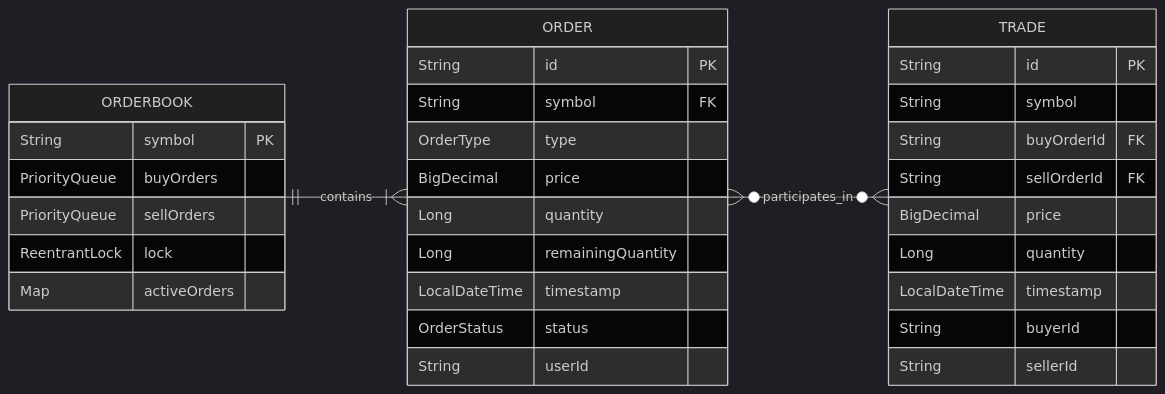
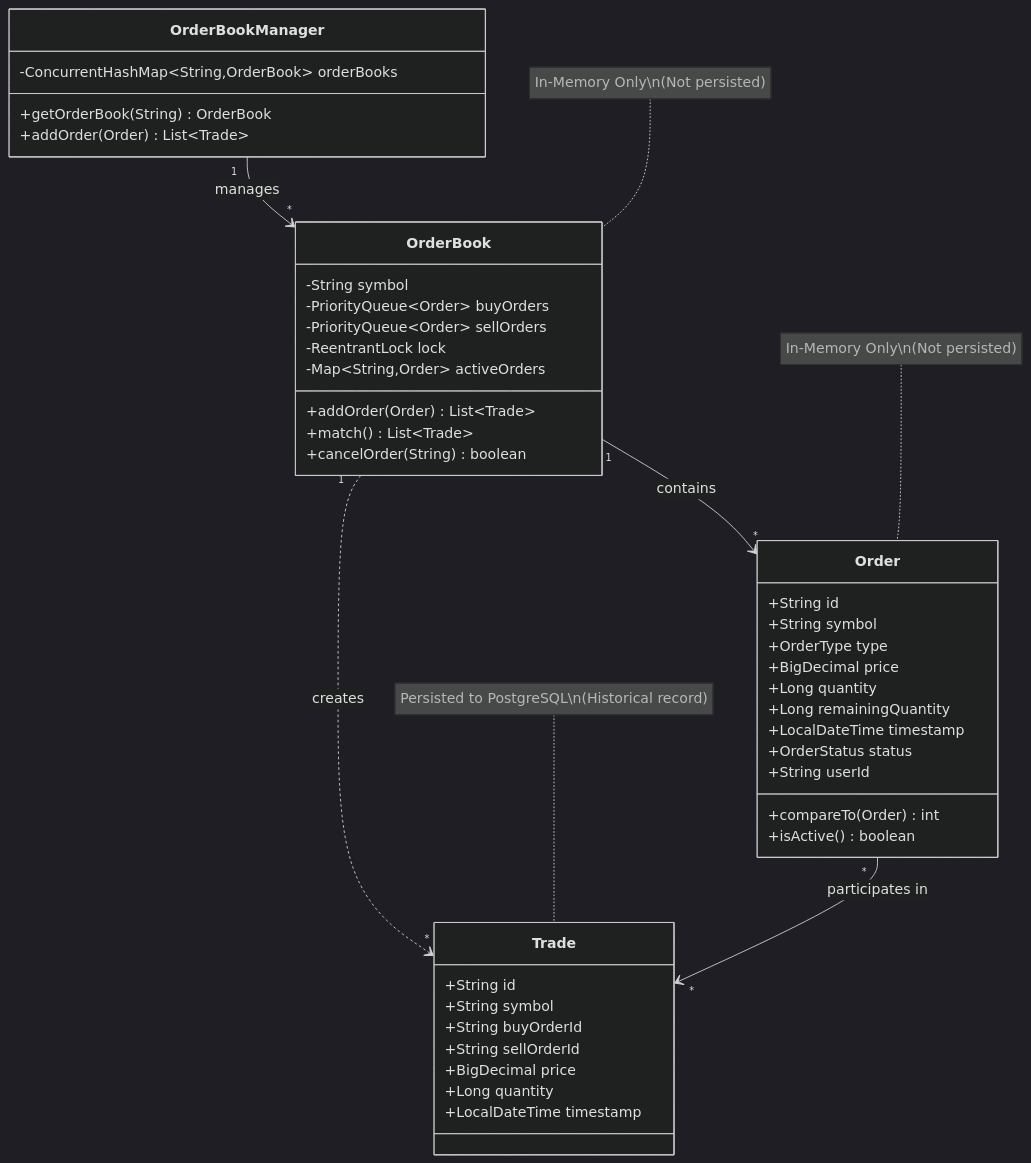
Before and after one commit to parthibCsaha/Real-Time-Stock-Matching-Engine: the second of 3 diagrams in README.md, drawn with Mermaid (dark theme).

````diff
--- a/README.md
+++ b/README.md
@@ -107,40 +107,53 @@
 ```mermaid
-erDiagram
-    direction LR
+classDiagram
+    class Order {
+        +String id
+        +String symbol
+        +OrderType type
+        +BigDecimal price
+        +Long quantity
+        +Long remainingQuantity
+        +LocalDateTime timestamp
+        +OrderStatus status
+        +String userId
+        +compareTo(Order) int
+        +isActive() boolean
+    }
+    
+    class OrderBook {
+        -String symbol
+        -PriorityQueue~Order~ buyOrders
+        -PriorityQueue~Order~ sellOrders
+        -ReentrantLock lock
+        -Map~String,Order~ activeOrders
+        +addOrder(Order) List~Trade~
+        +match() List~Trade~
+        +cancelOrder(String) boolean
+    }
+    
+    class OrderBookManager {
+        -ConcurrentHashMap~String,OrderBook~ orderBooks
+        +getOrderBook(String) OrderBook
+        +addOrder(Order) List~Trade~
+    }
+    
+    class Trade {
+        +String id
+        +String symbol
+        +String buyOrderId
+        +String sellOrderId
+        +BigDecimal price
+        +Long quantity
+        +LocalDateTime timestamp
+    }
+    
+    OrderBookManager "1" --> "*" OrderBook : manages
+    OrderBook "1" --> "*" Order : contains
+    OrderBook "1" ..> "*" Trade : creates
+    Order "*" --> "*" Trade : participates in
 
-    ORDERBOOK ||--|{ ORDER : contains
-    ORDER }o--o{ TRADE : participates_in
-
-    ORDERBOOK {
-        String symbol PK
-        PriorityQueue buyOrders
-        PriorityQueue sellOrders
-        ReentrantLock lock
-        Map activeOrders
-    }
-
-    ORDER {
-        String id PK
-        String symbol FK
-        OrderType type
-        BigDecimal price
-        Long quantity
-        Long remainingQuantity
-        LocalDateTime timestamp
-        OrderStatus status
-        String userId
-    }
-
-    TRADE {
-        String id PK
-        String symbol
-        String buyOrderId FK
-        String sellOrderId FK
-        BigDecimal price
-        Long quantity
-        LocalDateTime timestamp
-        String buyerId
-        String sellerId
-    }
+    note for OrderBook "In-Memory Only\n(Not persisted)"
+    note for Order "In-Memory Only\n(Not persisted)"
+    note for Trade "Persisted to PostgreSQL\n(Historical record)"
 
 ```
````
